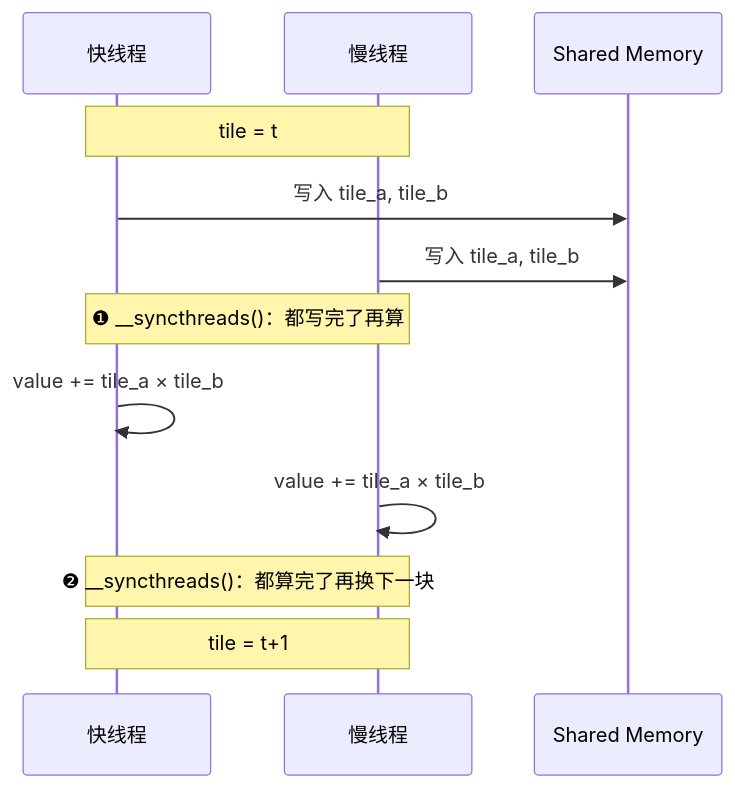
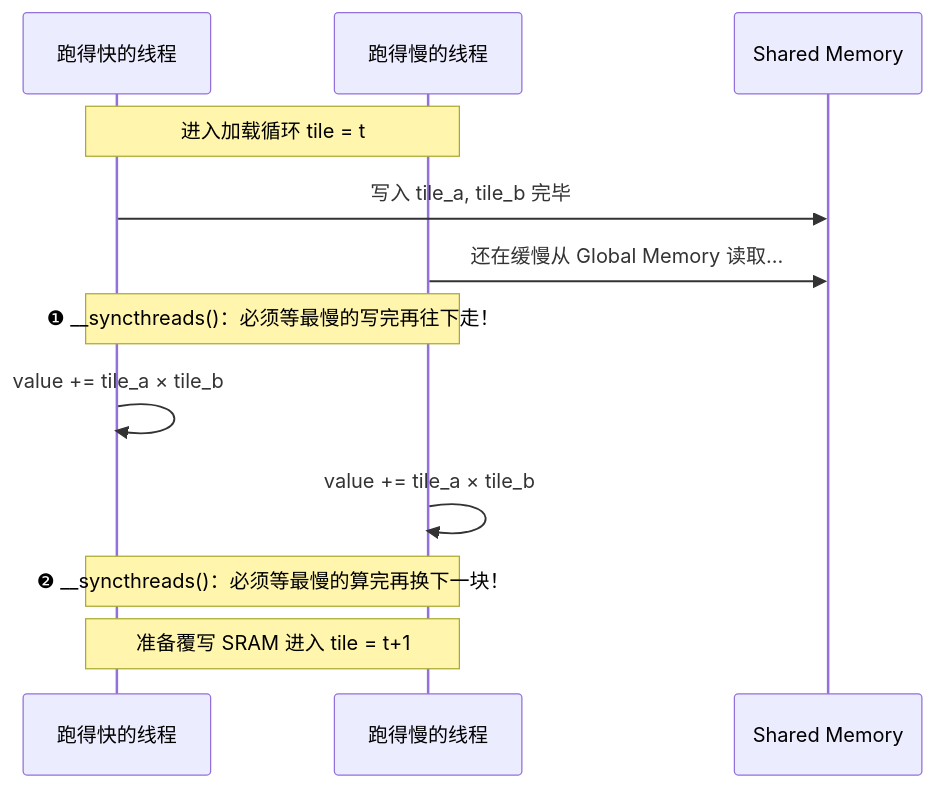
One commit to psmarter/CUDA-Practice changed the second of 3 diagrams in Blogs/01_Basics_Concepts_and_Tiling.md. Above: the diagram before and after it, drawn with Mermaid. The commit also changed other lines of this file and 14 other files, not shown here.

````diff
--- a/Blogs/01_Basics_Concepts_and_Tiling.md
+++ b/Blogs/01_Basics_Concepts_and_Tiling.md
@@ -116,20 +176,20 @@
 ```mermaid
 sequenceDiagram
-    participant T0 as 快线程
-    participant T511 as 慢线程
+    participant T0 as 跑得快的线程
+    participant T511 as 跑得慢的线程
     participant SRAM as Shared Memory
 
-    Note over T0,T511: tile = t
+    Note over T0,T511: 进入加载循环 tile = t
 
-    T0->>SRAM: 写入 tile_a, tile_b
-    T511->>SRAM: 写入 tile_a, tile_b
+    T0->>SRAM: 写入 tile_a, tile_b 完毕
+    T511->>SRAM: 还在缓慢从 Global Memory 读取...
 
-    Note over T0,T511: ❶ __syncthreads()：都写完了再算
+    Note over T0,T511: ❶ __syncthreads()：必须等最慢的写完再往下走！
 
     T0->>T0: value += tile_a × tile_b
     T511->>T511: value += tile_a × tile_b
 
-    Note over T0,T511: ❷ __syncthreads()：都算完了再换下一块
+    Note over T0,T511: ❷ __syncthreads()：必须等最慢的算完再换下一块！
 
-    Note over T0,T511: tile = t+1
+    Note over T0,T511: 准备覆写 SRAM 进入 tile = t+1
 ```
````
